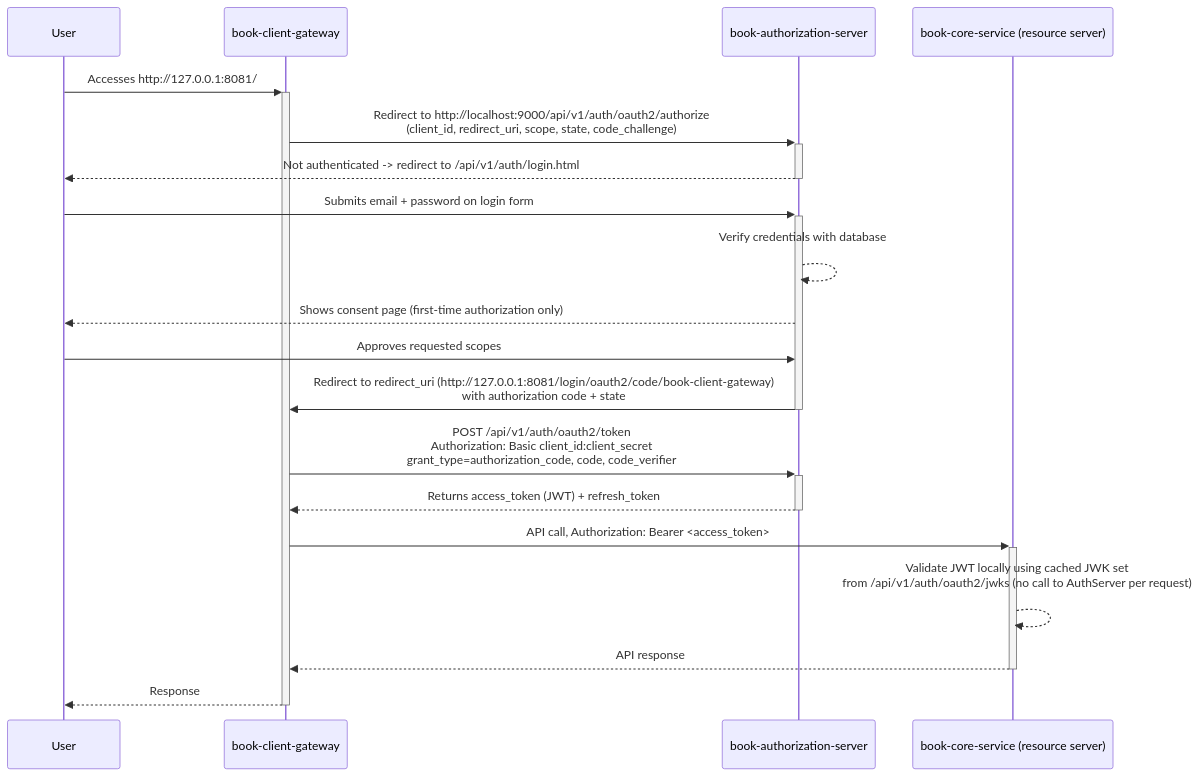
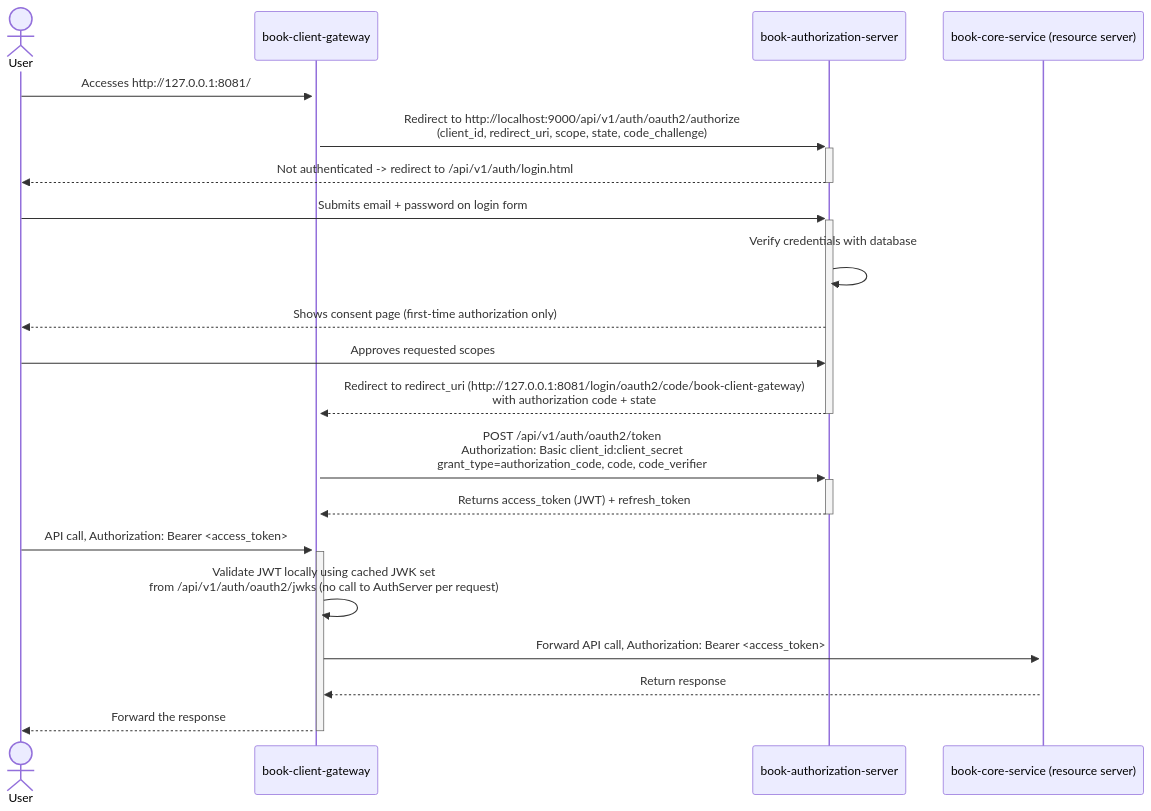
One commit to tranvo-dev/book-app changed the diagram in README.md. Above: the diagram before and after it, drawn with Mermaid. The commit also changed other lines of this file and 5 other files, not shown here.

Commit message:
feat: add spring oauth2 resource server for token validation

````diff
--- a/README.md
+++ b/README.md
@@ -62,22 +66,23 @@
 ```mermaid
 sequenceDiagram
-    participant User
+    actor User
     participant Gateway as book-client-gateway
     participant AuthServer as book-authorization-server
     participant Core as book-core-service (resource server)
 
     User->>+Gateway: Accesses http://127.0.0.1:8081/
     Gateway->>+AuthServer: Redirect to http://localhost:9000/api/v1/auth/oauth2/authorize<br/>(client_id, redirect_uri, scope, state, code_challenge)
     AuthServer-->>-User: Not authenticated -> redirect to /api/v1/auth/login.html
     User->>+AuthServer: Submits email + password on login form
-    AuthServer-->>AuthServer: Verify credentials with database<br/>
+    AuthServer->>AuthServer: Verify credentials with database<br/>
     AuthServer-->>User: Shows consent page (first-time authorization only)
     User->>AuthServer: Approves requested scopes
-    AuthServer->>-Gateway: Redirect to redirect_uri (http://127.0.0.1:8081/login/oauth2/code/book-client-gateway)<br/>with authorization code + state
+    AuthServer-->>-Gateway: Redirect to redirect_uri (http://127.0.0.1:8081/login/oauth2/code/book-client-gateway)<br/>with authorization code + state
     Gateway->>+AuthServer: POST /api/v1/auth/oauth2/token<br/>Authorization: Basic client_id:client_secret<br/>grant_type=authorization_code, code, code_verifier
     AuthServer-->>-Gateway: Returns access_token (JWT) + refresh_token
-    Gateway->>+Core: API call, Authorization: Bearer <access_token>
-    Core-->>Core: Validate JWT locally using cached JWK set<br/>from /api/v1/auth/oauth2/jwks (no call to AuthServer per request)<br/>
-    Core-->>-Gateway: API response
-    Gateway-->>-User: Response
+    User->>+Gateway: API call, Authorization: Bearer <access_token>
+    Gateway->>Gateway:Validate JWT locally using cached JWK set<br/>from /api/v1/auth/oauth2/jwks (no call to AuthServer per request)
+    Gateway->>+Core: Forward API call, Authorization: Bearer <access_token>
+    Core-->>Gateway: Return response
+    Gateway-->>-User: Forward the response
 ```
````
